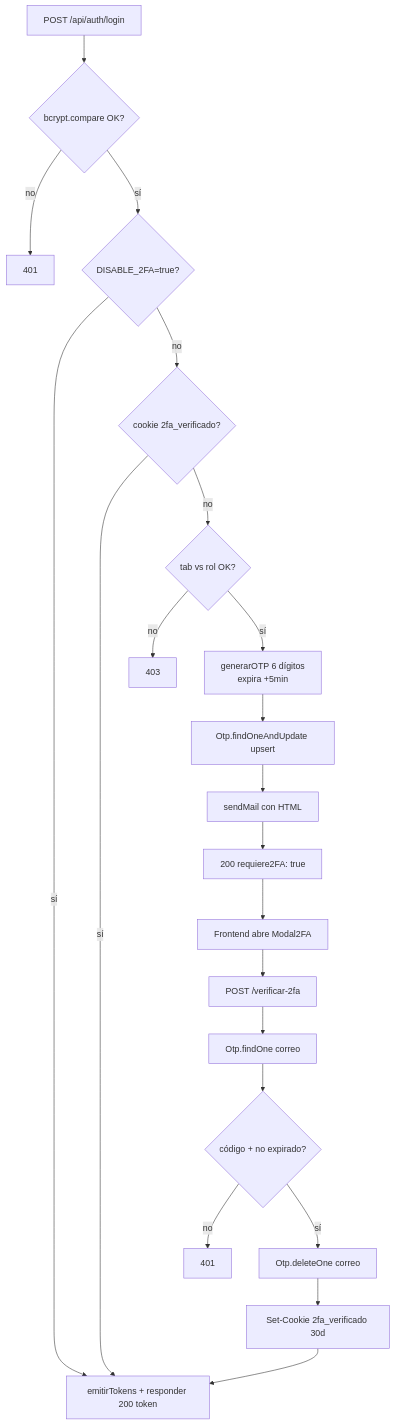
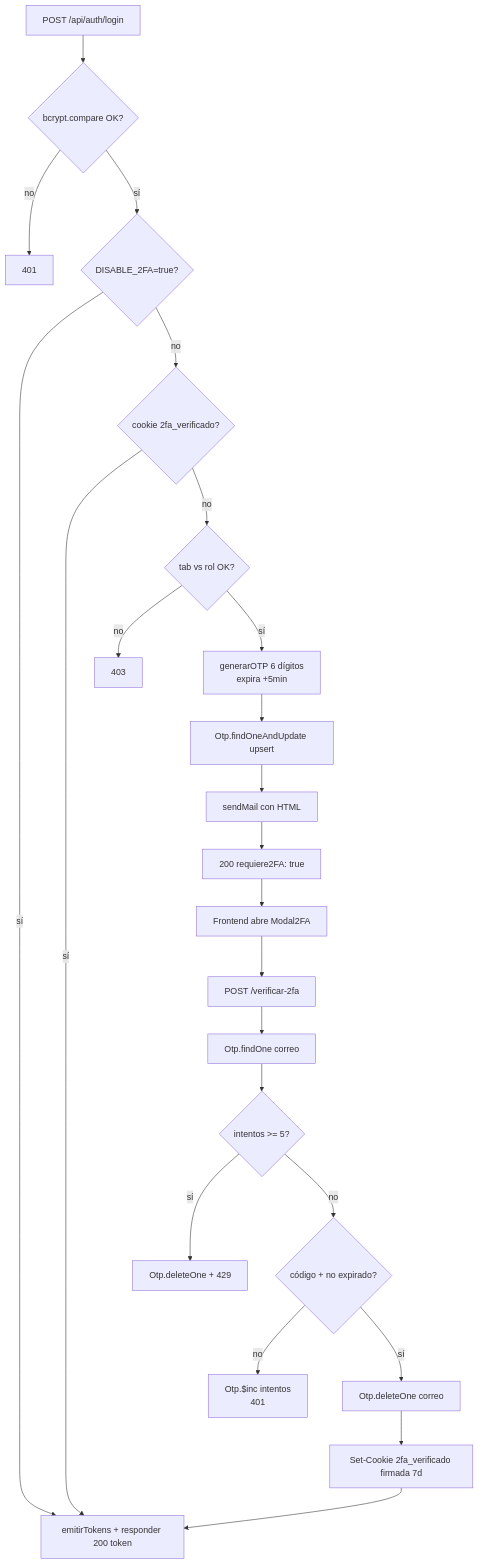
The diagram in docs-site/docs/seguridad/2fa.md (ismaelmonllo/GymSuite), drawn with Mermaid before and after one commit. The commit also changed other lines of this file and 25 other files, not shown here.

Commit message:
Actualizo documentación para reflejar refactor de seguridad: 2FA con cookie firmada, JWT 15m, reset por token, rate limiting, helmet, audit log, índices Mongo, paginación de clientes y tests

````diff
--- a/docs-site/docs/seguridad/2fa.md
+++ b/docs-site/docs/seguridad/2fa.md
@@ -12,23 +12,25 @@
 ```mermaid
 flowchart TD
   Login[POST /api/auth/login] --> Pass{bcrypt.compare OK?}
   Pass -->|no| Err[401]
   Pass -->|sí| Disable{DISABLE_2FA=true?}
   Disable -->|sí| EmitDirect[emitirTokens + responder 200 token]
   Disable -->|no| Conf{cookie 2fa_verificado?}
   Conf -->|sí| EmitDirect
   Conf -->|no| TabCheck{tab vs rol OK?}
   TabCheck -->|no| Err403[403]
   TabCheck -->|sí| GenOTP[generarOTP 6 dígitos<br/>expira +5min]
   GenOTP --> Upsert[Otp.findOneAndUpdate upsert]
   Upsert --> Mail[sendMail con HTML]
   Mail --> Resp[200 requiere2FA: true]
   Resp --> Modal[Frontend abre Modal2FA]
   Modal --> Verify[POST /verificar-2fa]
   Verify --> Find[Otp.findOne correo]
-  Find --> Match{código + no expirado?}
-  Match -->|no| Err401[401]
+  Find --> Lock{intentos >= 5?}
+  Lock -->|sí| Block[Otp.deleteOne + 429]
+  Lock -->|no| Match{código + no expirado?}
+  Match -->|no| Inc[Otp.$inc intentos<br/>401]
   Match -->|sí| Del[Otp.deleteOne correo]
-  Del --> Cookie[Set-Cookie 2fa_verificado 30d]
+  Del --> Cookie[Set-Cookie 2fa_verificado firmada 7d]
   Cookie --> EmitDirect
 ```
````
